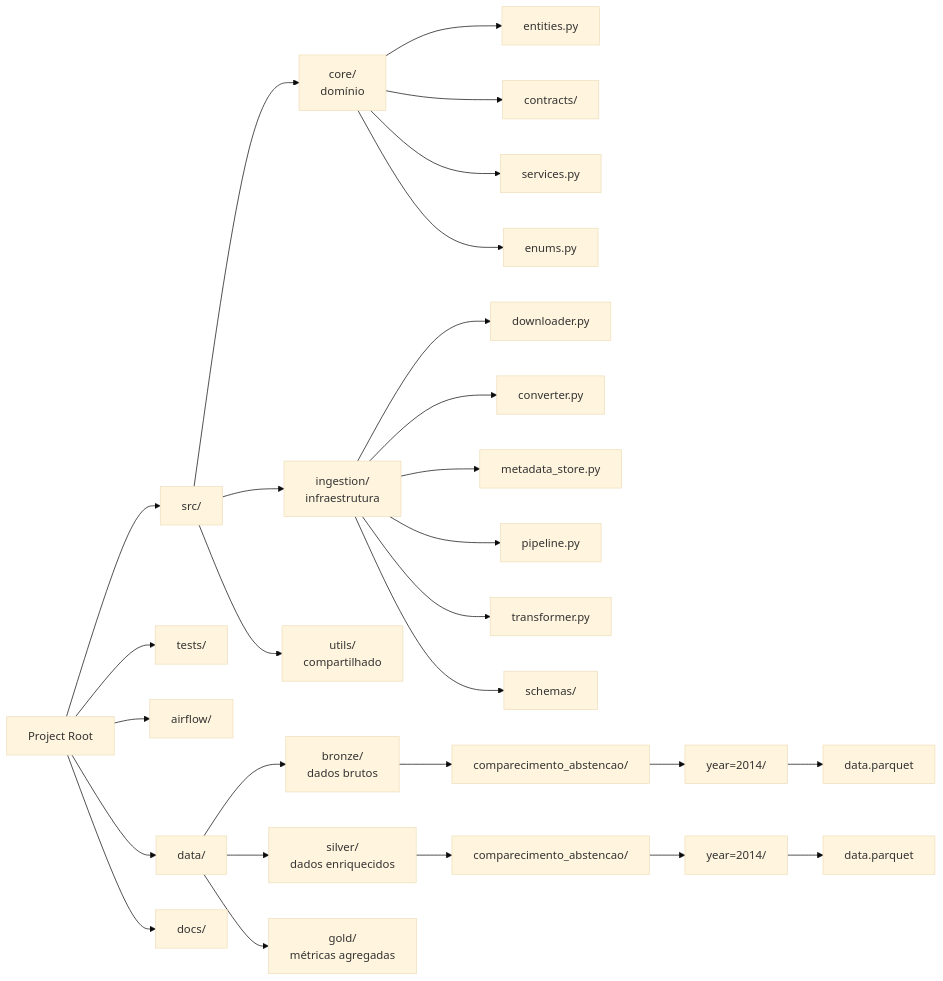
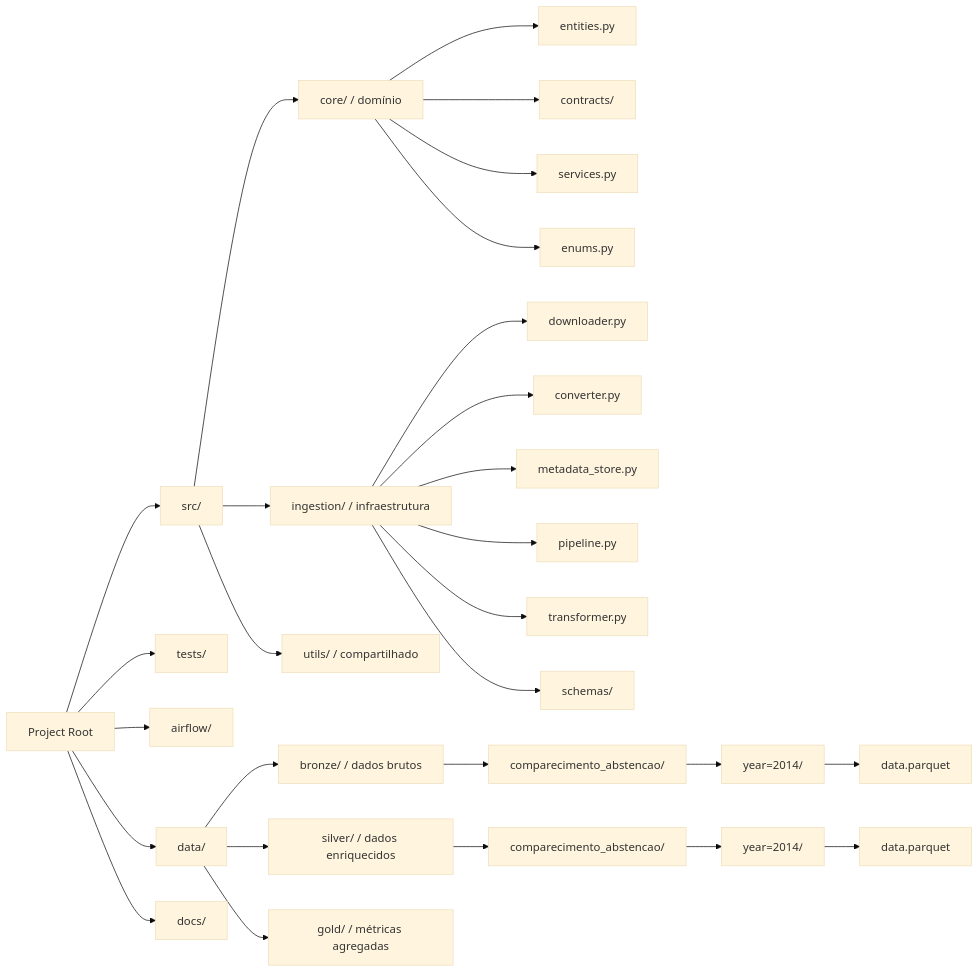
One commit to diegobarbosaa/eleicao_participacao_analytics changed the third of 3 diagrams in docs/architecture_diagram.md. Above: the diagram before and after it, drawn with Mermaid (base theme). The commit also changed other lines of this file, not shown here.

First line of the commit message:
fix: corrigir erro de parse markdown em architecture_diagram

````diff
--- a/docs/architecture_diagram.md
+++ b/docs/architecture_diagram.md
@@ -127,39 +127,39 @@
 ```mermaid
 graph LR
     ROOT[Project Root]
 
     ROOT --> SRC[src/]
     ROOT --> TESTS[tests/]
     ROOT --> AIRFLOW[airflow/]
     ROOT --> DATA[data/]
     ROOT --> DOCS[docs/]
 
-    SRC --> CORE[core/<br/>domínio]
-    SRC --> ING[ingestion/<br/>infraestrutura]
-    SRC --> UTILS[utils/<br/>compartilhado]
+    SRC --> CORE[core/ / domínio]
+    SRC --> ING[ingestion/ / infraestrutura]
+    SRC --> UTILS[utils/ / compartilhado]
 
     CORE --> ENT[entities.py]
     CORE --> CNT[contracts/]
     CORE --> SRV[services.py]
     CORE --> ENUM[enums.py]
 
     ING --> DL[downloader.py]
     ING --> CV[converter.py]
     ING --> MS[metadata_store.py]
     ING --> PL[pipeline.py]
     ING --> TF[transformer.py]
 
     ING --> SCHE[schemas/]
 
-    DATA --> BRONZE[bronze/<br/>dados brutos]
-    DATA --> SILVER[silver/<br/>dados enriquecidos]
-    DATA --> GOLD[gold/<br/>métricas agregadas]
+    DATA --> BRONZE[bronze/ / dados brutos]
+    DATA --> SILVER[silver/ / dados enriquecidos]
+    DATA --> GOLD[gold/ / métricas agregadas]
 
     BRONZE --> COMP[comparecimento_abstencao/]
     COMP --> YEAR[year=2014/]
     YEAR --> PARQ[data.parquet]
 
     SILVER --> COMP2[comparecimento_abstencao/]
     COMP2 --> YEAR2[year=2014/]
     YEAR2 --> PARQ2[data.parquet]
 ```
````
